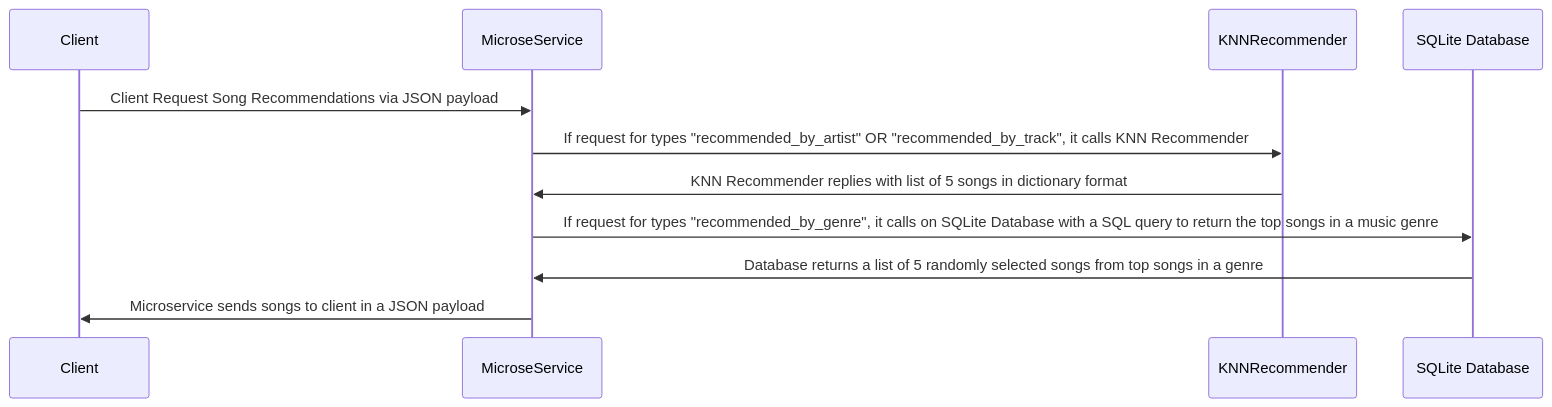
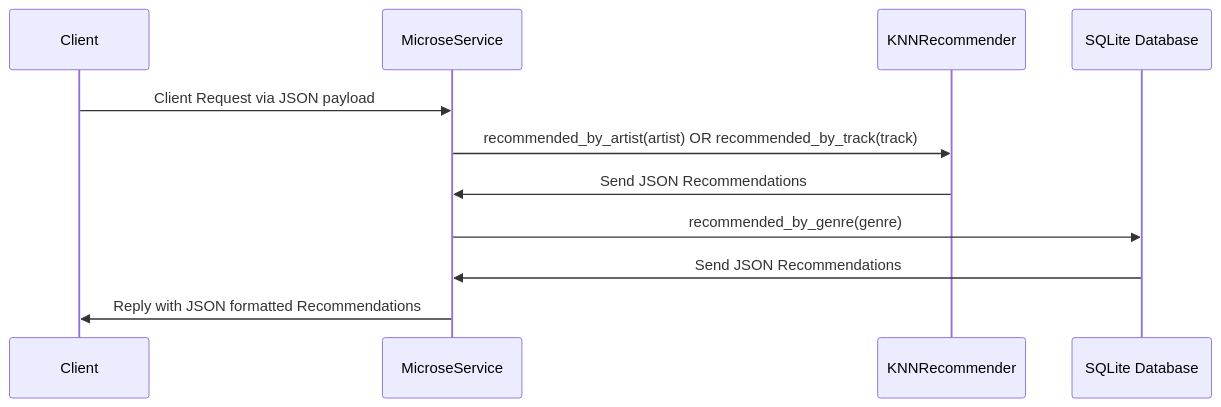
Before and after one commit to erosalesj/musicKNNRecommender: the diagram in README.md, drawn with Mermaid.

Commit message:
Edited UML diagram

````diff
--- a/README.md
+++ b/README.md
@@ -122,14 +122,14 @@
 ```mermaid
 sequenceDiagram
 participant C as Client
 participant M as MicroseService
 participant K as KNNRecommender
 participant S as SQLite Database
-C->>M: Client Request Song Recommendations via JSON payload
-M->>K: If request for types "recommended_by_artist" OR "recommended_by_track", it calls KNN Recommender
-K->>M: KNN Recommender replies with list of 5 songs in dictionary format
-M->>S: If request for types "recommended_by_genre", it calls on SQLite Database with a SQL query to return the top songs in a music genre
-S->>M: Database returns a list of 5 randomly selected songs from top songs in a genre
-M->>C: Microservice sends songs to client in a JSON payload
+C->>M: Client Request via JSON payload
+M->>K: recommended_by_artist(artist) OR recommended_by_track(track)
+K->>M: Send JSON Recommendations
+M->>S: recommended_by_genre(genre)
+S->>M: Send JSON Recommendations
+M->>C: Reply with JSON formatted Recommendations
 
 ```
````
